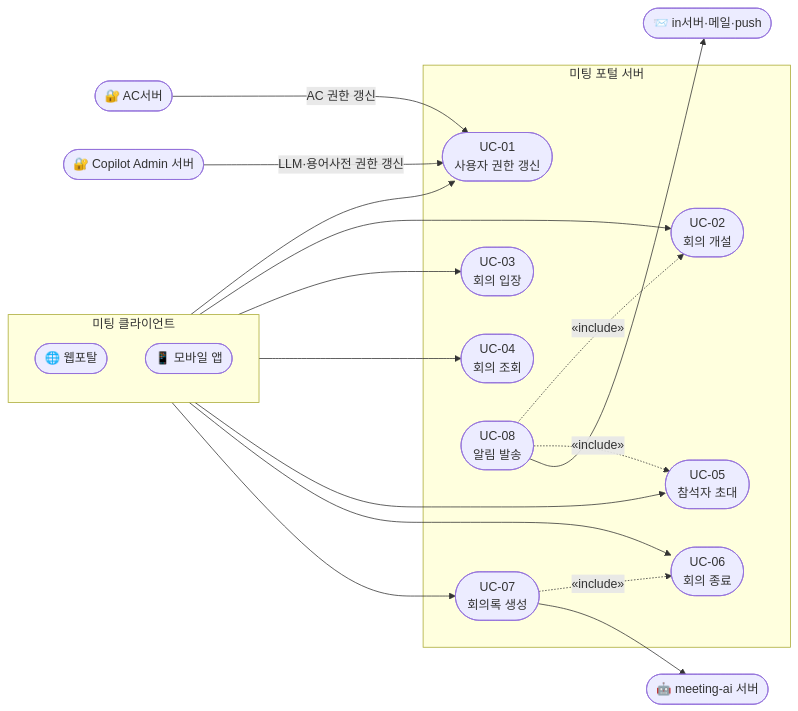
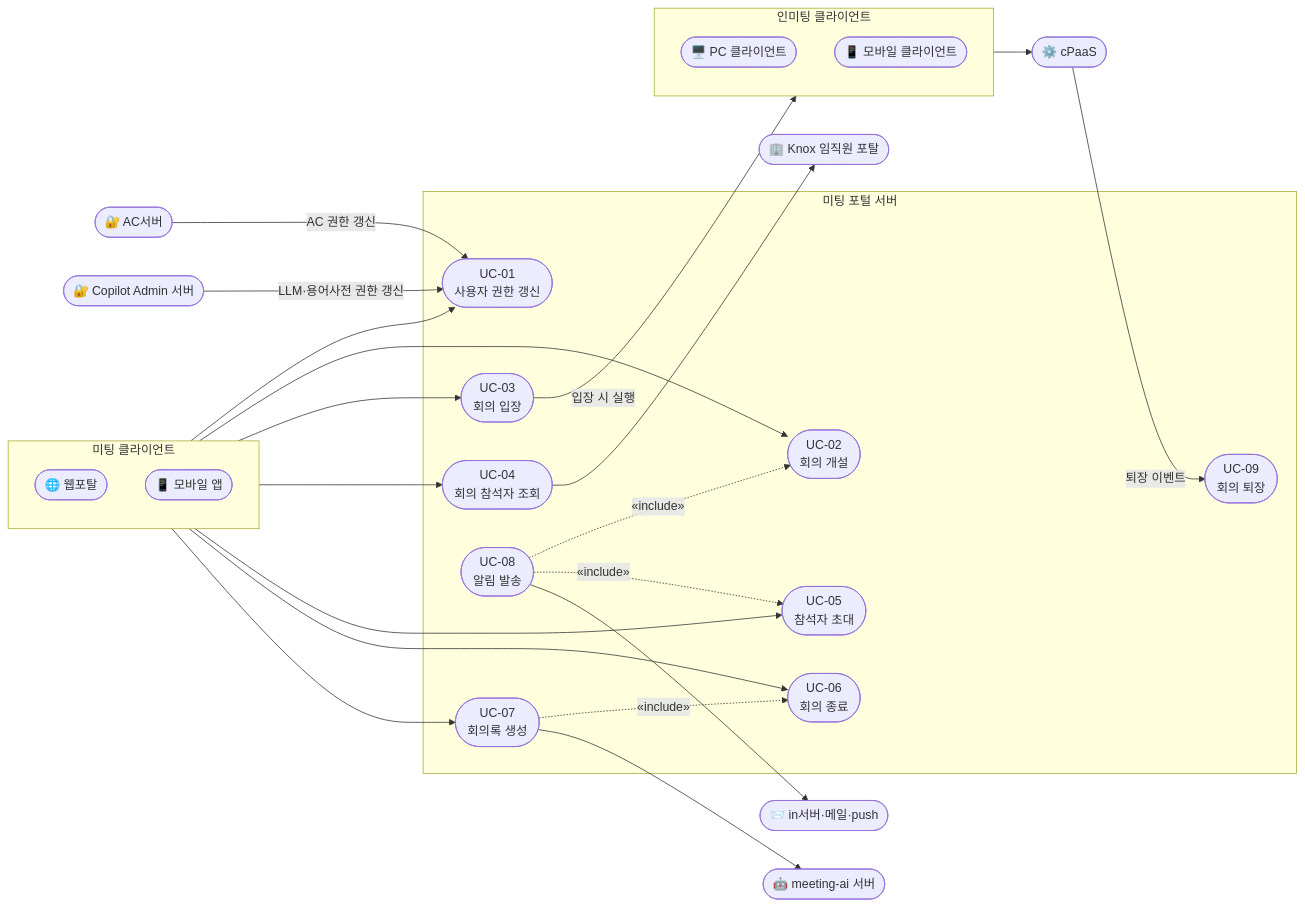
Before and after one commit to sujinnkim/A_Personal: the diagram in docs/03-requirements/2.1-functional/overview.md, drawn with Mermaid. The commit also changed other lines of this file, not shown here.

Commit message:
docs: 2.1 overview UC-04 참석자 조회 변경 및 UC-09 퇴장 추가
- UC-04 / FR-04: 회의 조회 → 회의 참석자 조회 (Knox 임직원 포탈 서버 연계)
- UC-09 / FR-06: 회의 퇴장 신규 추가 (인미팅 클라이언트 → cPaaS → portal server)
- FR-06 UC 연결: — → UC-09
- 외부 시스템 테이블: Knox 임직원 포탈 서버, cPaaS 추가
- 다이어그램: 인미팅 클라이언트 subgraph 추가, UC-03 → 인미팅 실행 선,
  인미팅 → cPaaS → UC-09 흐름, UC-04 → Knox 연결

````diff
--- a/docs/03-requirements/2.1-functional/overview.md
+++ b/docs/03-requirements/2.1-functional/overview.md
@@ -60,41 +64,55 @@
 ```mermaid
 graph LR
     subgraph Clients["미팅 클라이언트"]
         direction TB
         WebPortal(["🌐 웹포탈"])
         MobileApp(["📱 모바일 앱"])
     end
 
+    subgraph InMeeting["인미팅 클라이언트"]
+        direction TB
+        PCClient(["🖥️ PC 클라이언트"])
+        MobileClient(["📱 모바일 클라이언트"])
+    end
+
+    cPaaS(["⚙️ cPaaS"])
+    Knox(["🏢 Knox 임직원 포탈"])
     InServer(["📨 in서버·메일·push"])
     MeetingAI(["🤖 meeting-ai 서버"])
     ACServer(["🔐 AC서버"])
     CopilotAdmin(["🔐 Copilot Admin 서버"])
 
     subgraph MeetingPortal["미팅 포털 서버"]
         UC01(["UC-01\n사용자 권한 갱신"])
         UC02(["UC-02\n회의 개설"])
         UC03(["UC-03\n회의 입장"])
-        UC04(["UC-04\n회의 조회"])
+        UC04(["UC-04\n회의 참석자 조회"])
         UC05(["UC-05\n참석자 초대"])
         UC06(["UC-06\n회의 종료"])
         UC07(["UC-07\n회의록 생성"])
         UC08(["UC-08\n알림 발송"])
+        UC09(["UC-09\n회의 퇴장"])
     end
 
     Clients --> UC01
     Clients --> UC02
     Clients --> UC03
     Clients --> UC04
     Clients --> UC05
     Clients --> UC06
     Clients --> UC07
 
+    UC03 -->|"입장 시 실행"| InMeeting
+    InMeeting --> cPaaS
+    cPaaS -->|"퇴장 이벤트"| UC09
+
     ACServer -->|"AC 권한 갱신"| UC01
     CopilotAdmin -->|"LLM·용어사전 권한 갱신"| UC01
+    UC04 --> Knox
 
     UC07 -.->|"«include»"| UC06
     UC08 -.->|"«include»"| UC02
     UC08 -.->|"«include»"| UC05
     UC08 --> InServer
     UC07 --> MeetingAI
 ```
````
